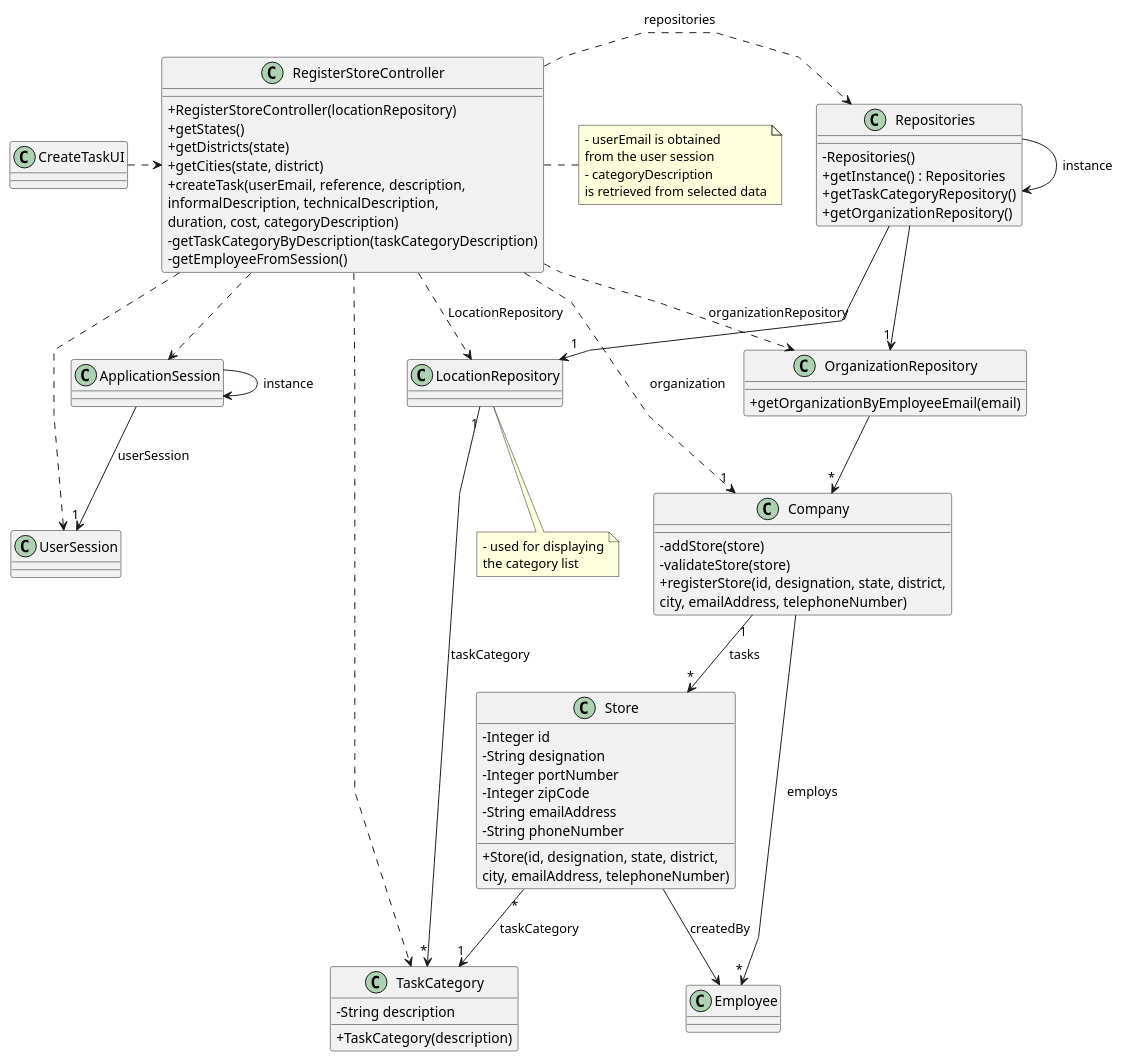
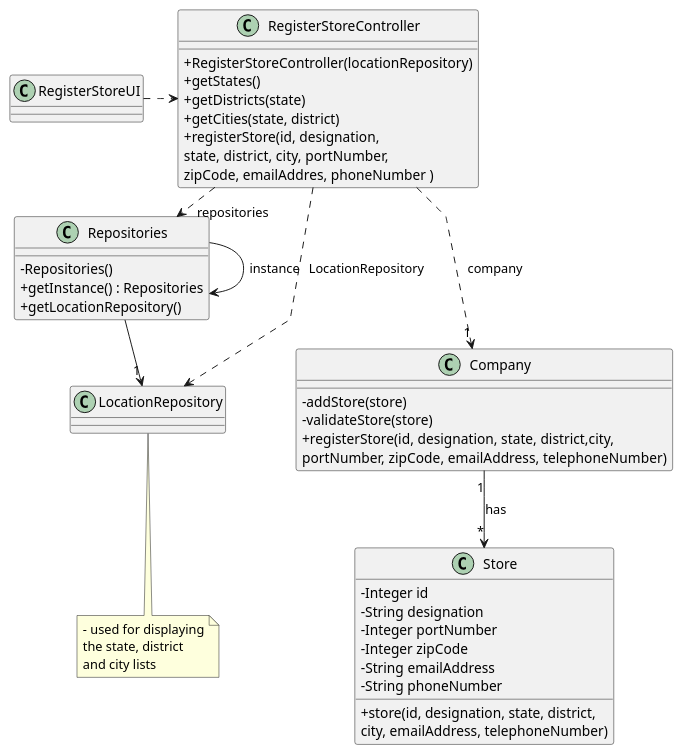
The diagram in docs/Sprint-B/US005/03.design/puml/us005-class-diagram.puml (Rodrick0209/ISEP-LAPR2-22-23), drawn with PlantUML before and after one commit. The commit also changed 16 other files, not shown here.

Commit message:
US006 Design (SD & Class Diagram) Part 2

```diff
--- a/docs/Sprint-B/US005/03.design/puml/us005-class-diagram.puml
+++ b/docs/Sprint-B/US005/03.design/puml/us005-class-diagram.puml
@@ -1,105 +1,73 @@
 @startuml
 'skinparam monochrome true
 skinparam packageStyle rectangle
 skinparam shadowing false
 skinparam linetype polyline
 'skinparam linetype orto
 
 skinparam classAttributeIconSize 0
 
 'left to right direction
 
 
 class Store {
     - Integer id
     - String designation
     - Integer portNumber
     - Integer zipCode
     - String emailAddress
     - String phoneNumber
 
-    + Store(id, designation, state, district,\ncity, emailAddress, telephoneNumber)
-}
-
-class TaskCategory {
-    - String description
-
-    + TaskCategory(description)
+    + store(id, designation, state, district,\ncity, emailAddress, telephoneNumber)
 }
 
 class Company {
     - addStore(store)
     - validateStore(store)
-    + registerStore(id, designation, state, district,\ncity, emailAddress, telephoneNumber)
+    + registerStore(id, designation, state, district,city, \nportNumber, zipCode, emailAddress, telephoneNumber)
 
 '  +saveStore(store)
 }
 
 class LocationRepository {
 }
 
-class OrganizationRepository {
-    + getOrganizationByEmployeeEmail(email)
-}
 
 class Repositories {
     - Repositories()
     + getInstance() : Repositories
-    + getTaskCategoryRepository()
-    + getOrganizationRepository()
+    + getLocationRepository()
 }
 
 class RegisterStoreController {
     + RegisterStoreController(locationRepository)
     + getStates()
     + getDistricts(state)
     + getCities(state, district)
-    + createTask(userEmail, reference, description,\ninformalDescription, technicalDescription,\nduration, cost, categoryDescription)
-    - getTaskCategoryByDescription(taskCategoryDescription)
-    - getEmployeeFromSession()
+    + registerStore(id, designation, \nstate, district, city, portNumber, \nzipCode, emailAddres, phoneNumber )
 }
 
-note right of RegisterStoreController
-    - userEmail is obtained
-    from the user session
-    - categoryDescription
-    is retrieved from selected data
-end note
 
 note bottom of LocationRepository
     - used for displaying
-    the category list
+    the state, district
+    and city lists
 end note
 
-class CreateTaskUI {
-}
 
 Repositories -> Repositories : instance
-ApplicationSession -> ApplicationSession : instance
 
-CreateTaskUI .> RegisterStoreController
+RegisterStoreUI .> RegisterStoreController
 
 RegisterStoreController .> Repositories : repositories
 
 Repositories -> "1" LocationRepository
 
-RegisterStoreController ..> TaskCategory
-RegisterStoreController ..> OrganizationRepository : organizationRepository
 RegisterStoreController ..> LocationRepository : LocationRepository
 
-Repositories --> "1" OrganizationRepository
 
-OrganizationRepository --> "*" Company
-ApplicationSession --> "1" UserSession : userSession
+RegisterStoreController ..> "1" Company : company
+Company "1" --> "*" Store : has
 
-RegisterStoreController ..> "1" Company : organization
-RegisterStoreController ..> ApplicationSession
-RegisterStoreController ..> UserSession
-Store "*" --> "1" TaskCategory : taskCategory
-LocationRepository "1" --> "*" TaskCategory : taskCategory
-Company "1" --> "*" Store : tasks
-Store --> Employee : createdBy
-
-Company --> "*" Employee : employs
 
 @enduml
```
